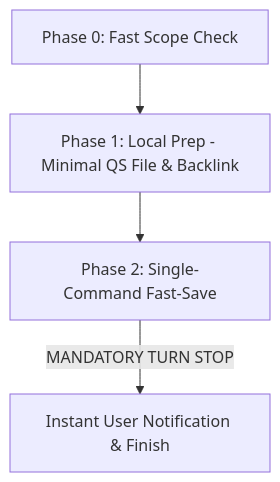
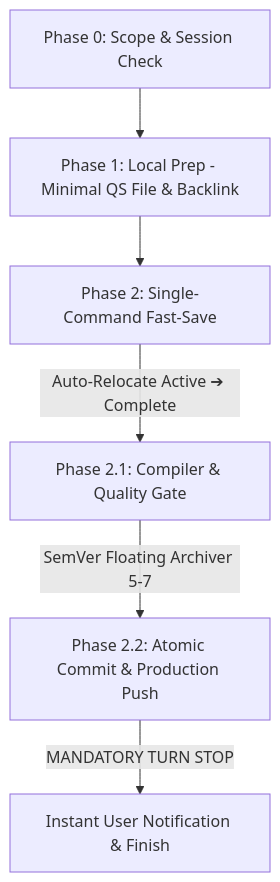
The diagram in .agents/skills/save/SKILL.md (TheDarkXX/MyProjects), drawn with Mermaid before and after one commit. The commit also changed other lines of this file and 39 other files, not shown here.

````diff
--- a/.agents/skills/save/SKILL.md
+++ b/.agents/skills/save/SKILL.md
@@ -36,6 +48,8 @@
 ```mermaid
 graph TD
-    P0[Phase 0: Fast Scope Check] --> P1[Phase 1: Local Prep - Minimal QS File & Backlink]
+    P0[Phase 0: Scope & Session Check] --> P1[Phase 1: Local Prep - Minimal QS File & Backlink]
     P1 --> P2[Phase 2: Single-Command Fast-Save]
-    P2 -->|MANDATORY TURN STOP| P3[Instant User Notification & Finish]
+    P2 -->|Auto-Relocate Active ➔ Complete| P2A[Phase 2.1: Compiler & Quality Gate]
+    P2A -->|SemVer Floating Archiver 5-7| P2B[Phase 2.2: Atomic Commit & Production Push]
+    P2B -->|MANDATORY TURN STOP| P3[Instant User Notification & Finish]
 ```
````
